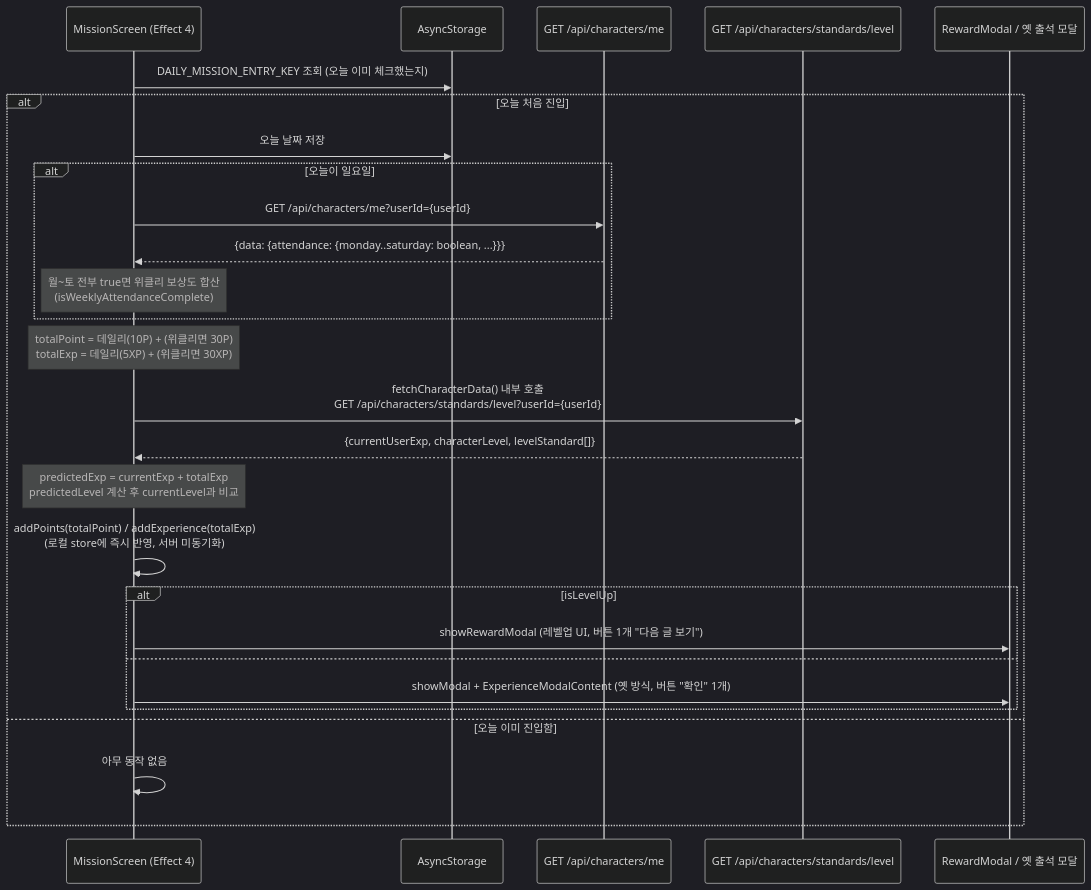
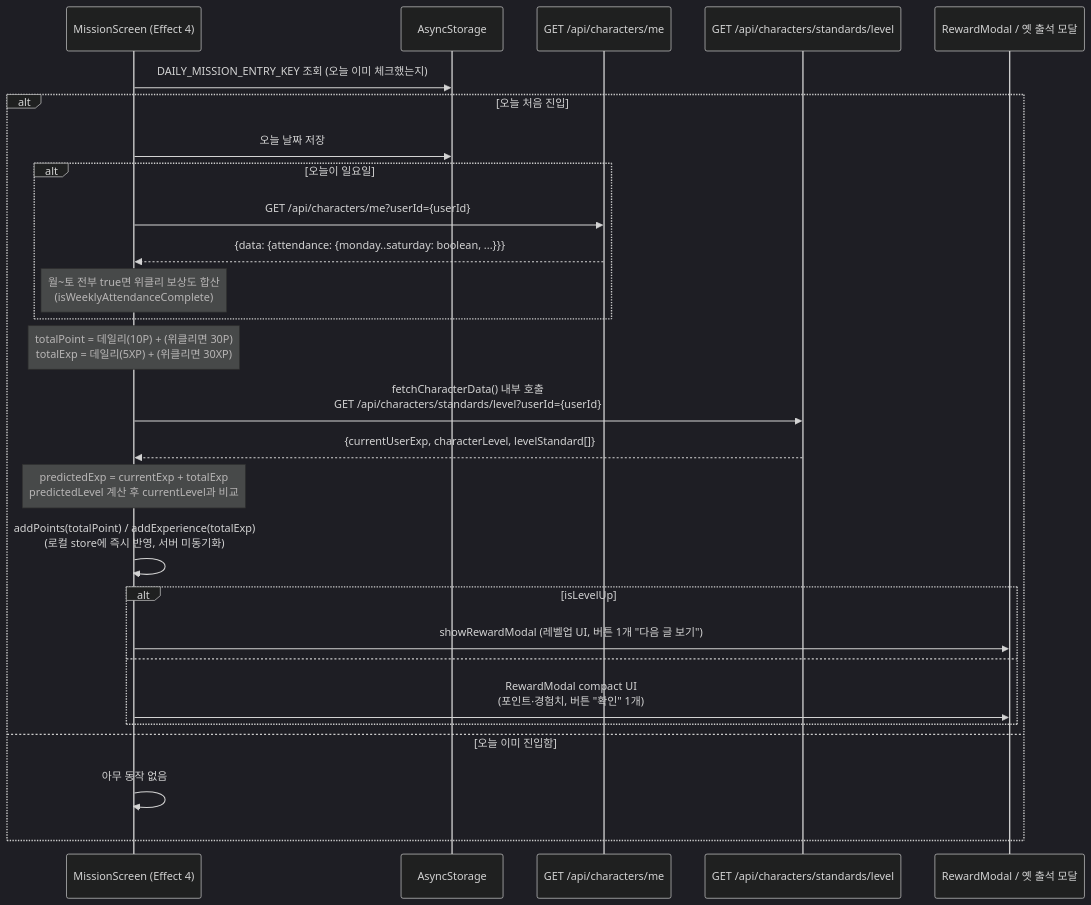
Before and after one commit to SWYP-app-3-10/neurous-client: the third of 4 diagrams in docs/LEVEL_UP_FLOW.md, drawn with Mermaid (dark theme). The commit also changed other lines of this file and 2 other files, not shown here.

````diff
--- a/docs/LEVEL_UP_FLOW.md
+++ b/docs/LEVEL_UP_FLOW.md
@@ -141,30 +141,30 @@
 ```mermaid
 sequenceDiagram
     participant M as MissionScreen (Effect 4)
     participant AS as AsyncStorage
     participant CharMeAPI as GET /api/characters/me
     participant LevelAPI as GET /api/characters/standards/level
     participant RM as RewardModal / 옛 출석 모달
 
     M->>AS: DAILY_MISSION_ENTRY_KEY 조회 (오늘 이미 체크했는지)
     alt 오늘 처음 진입
         M->>AS: 오늘 날짜 저장
         alt 오늘이 일요일
             M->>CharMeAPI: GET /api/characters/me?userId={userId}
             CharMeAPI-->>M: {data: {attendance: {monday..saturday: boolean, ...}}}
             Note over M: 월~토 전부 true면 위클리 보상도 합산<br/>(isWeeklyAttendanceComplete)
         end
         Note over M: totalPoint = 데일리(10P) + (위클리면 30P)<br/>totalExp = 데일리(5XP) + (위클리면 30XP)
         M->>LevelAPI: fetchCharacterData() 내부 호출<br/>GET /api/characters/standards/level?userId={userId}
         LevelAPI-->>M: {currentUserExp, characterLevel, levelStandard[]}
         Note over M: predictedExp = currentExp + totalExp<br/>predictedLevel 계산 후 currentLevel과 비교
         M->>M: addPoints(totalPoint) / addExperience(totalExp)<br/>(로컬 store에 즉시 반영, 서버 미동기화)
         alt isLevelUp
             M->>RM: showRewardModal (레벨업 UI, 버튼 1개 "다음 글 보기")
         else
-            M->>RM: showModal + ExperienceModalContent (옛 방식, 버튼 "확인" 1개)
+            M->>RM: RewardModal compact UI<br/>(포인트·경험치, 버튼 "확인" 1개)
         end
     else 오늘 이미 진입함
         M->>M: 아무 동작 없음
     end
 ```
````
